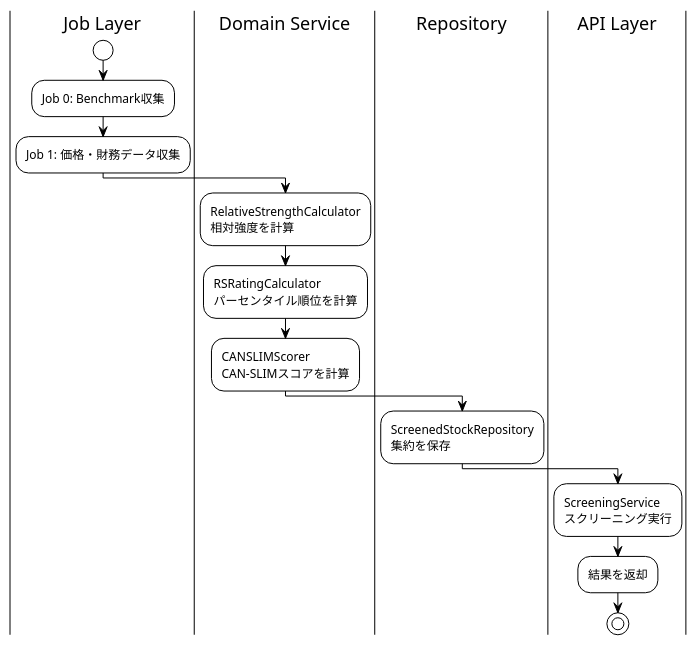
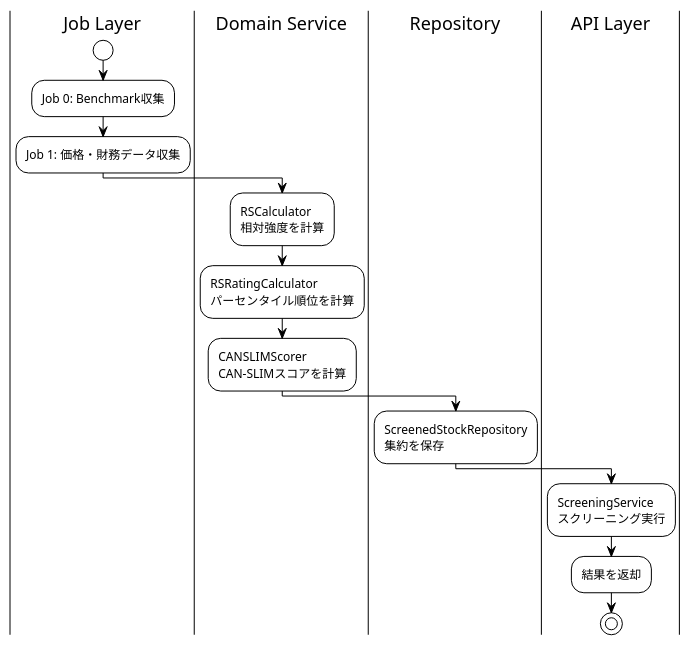
One commit to ryota197/ai-trade-pj changed the second of 2 diagrams in docs/poc/domain/screener/domain-services.md. Above: the diagram before and after it, drawn with PlantUML. The commit also changed other lines of this file and 7 other files, not shown here.

````diff
--- a/docs/poc/domain/screener/domain-services.md
+++ b/docs/poc/domain/screener/domain-services.md
@@ -377,32 +377,32 @@
 ```plantuml
 @startuml Data Flow
 !theme plain
 
 |Job Layer|
 start
 :Job 0: Benchmark収集;
 :Job 1: 価格・財務データ収集;
 
 |Domain Service|
-:RelativeStrengthCalculator
+:RSCalculator
 相対強度を計算;
 
 :RSRatingCalculator
 パーセンタイル順位を計算;
 
 :CANSLIMScorer
 CAN-SLIMスコアを計算;
 
 |Repository|
 :ScreenedStockRepository
 集約を保存;
 
 |API Layer|
 :ScreeningService
 スクリーニング実行;
 
 :結果を返却;
 stop
 
 @enduml
 ```
````
